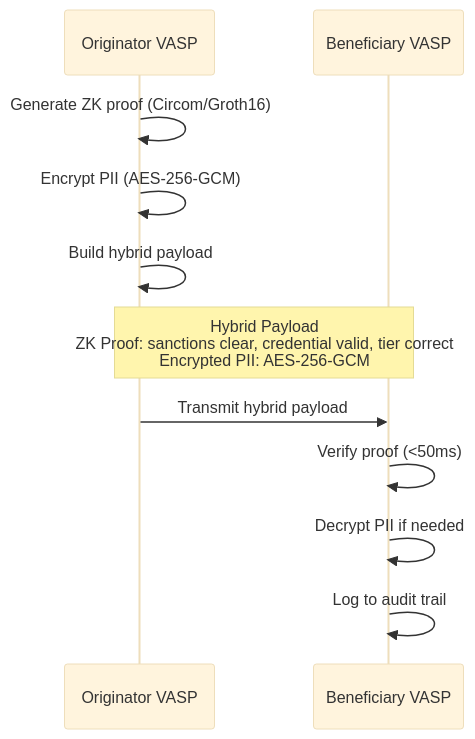
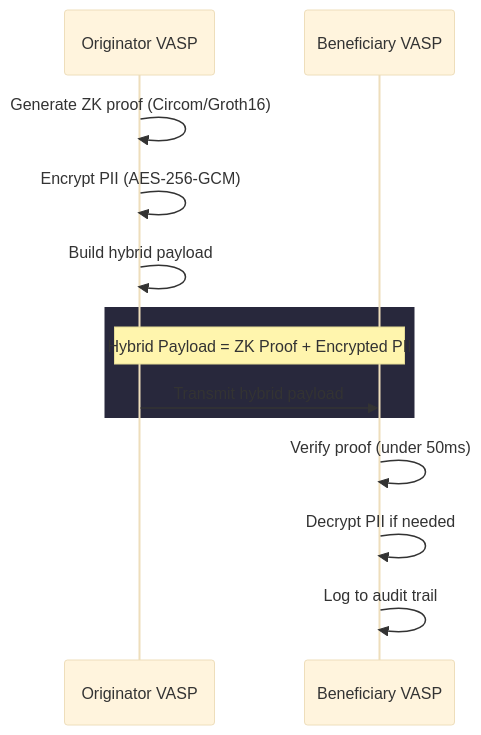
One commit to repfigit/clearproof changed the diagram in README.md. Above: the diagram before and after it, drawn with Mermaid (base theme). The commit also changed 4 other files, not shown here.

First line of the commit message:
fix: Mermaid rendering + add publishConfig for GitHub Packages

````diff
--- a/README.md
+++ b/README.md
@@ -9,16 +9,18 @@
 ```mermaid
 sequenceDiagram
     participant O as Originator VASP
     participant B as Beneficiary VASP
 
     O->>O: Generate ZK proof (Circom/Groth16)
     O->>O: Encrypt PII (AES-256-GCM)
     O->>O: Build hybrid payload
 
-    Note over O,B: Hybrid Payload<br/>ZK Proof: sanctions clear, credential valid, tier correct<br/>Encrypted PII: AES-256-GCM
+    rect rgb(40, 40, 60)
+    Note over O,B: Hybrid Payload = ZK Proof + Encrypted PII
+    O->>B: Transmit hybrid payload
+    end
 
-    O->>B: Transmit hybrid payload
-    B->>B: Verify proof (<50ms)
+    B->>B: Verify proof (under 50ms)
     B->>B: Decrypt PII if needed
     B->>B: Log to audit trail
 ```
````
